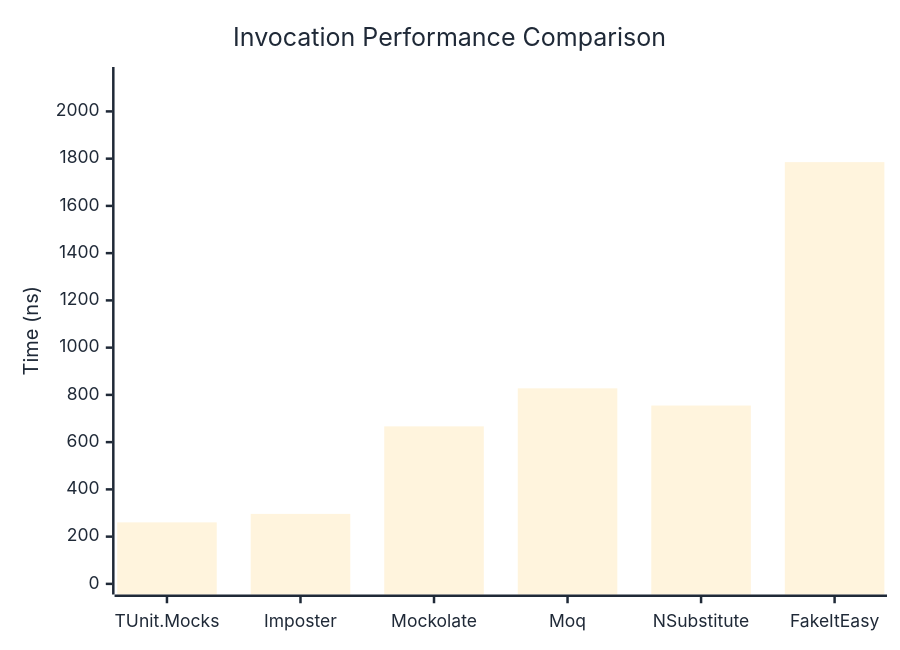
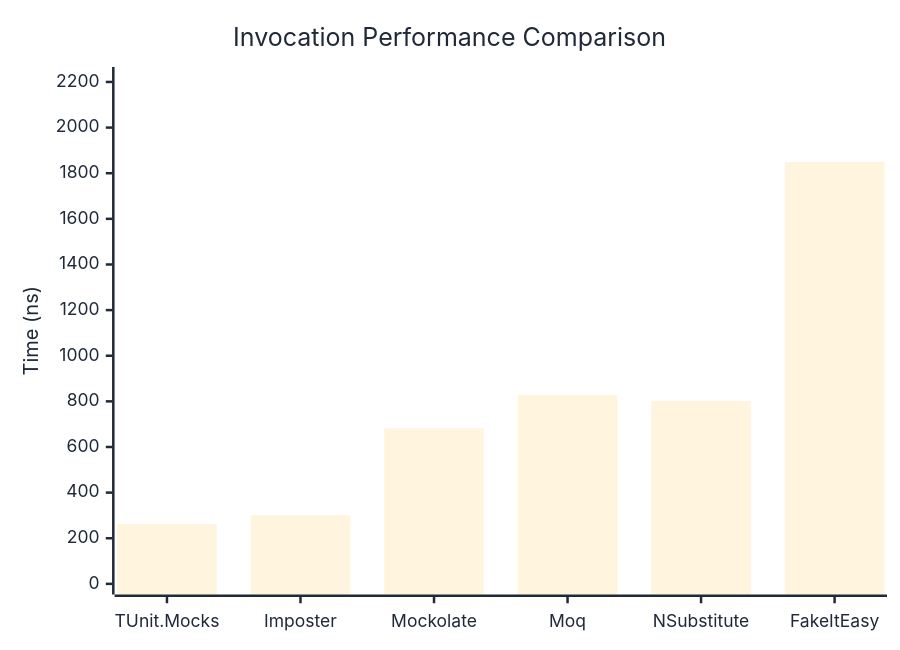
One commit to thomhurst/TUnit changed the first of 3 diagrams in docs/docs/benchmarks/mocks/Invocation.md. Above: the diagram before and after it, drawn with Mermaid. The commit also changed other lines of this file and 14 other files, not shown here.

````diff
--- a/docs/docs/benchmarks/mocks/Invocation.md
+++ b/docs/docs/benchmarks/mocks/Invocation.md
@@ -28,27 +28,27 @@
 ```mermaid
 %%{init: {
   'theme':'base',
   'themeVariables': {
     'primaryColor': '#2563eb',
     'primaryTextColor': '#1f2937',
     'primaryBorderColor': '#1e40af',
     'lineColor': '#6b7280',
     'secondaryColor': '#7c3aed',
     'tertiaryColor': '#dc2626',
     'background': '#ffffff',
     'pie1': '#2563eb',
     'pie2': '#7c3aed',
     'pie3': '#dc2626',
     'pie4': '#f59e0b',
     'pie5': '#10b981',
     'pie6': '#06b6d4',
     'pie7': '#ec4899',
     'pie8': '#6366f1'
   }
 }}%%
 xychart-beta
   title "Invocation Performance Comparison"
   x-axis ["TUnit.Mocks", "Imposter", "Mockolate", "Moq", "NSubstitute", "FakeItEasy"]
-  y-axis "Time (ns)" 0 --> 2143
-  bar [260.4, 296.2, 666.8, 827.7, 754.9, 1785.3]
+  y-axis "Time (ns)" 0 --> 2219
+  bar [262.2, 300.4, 681.7, 828.4, 801.8, 1849.1]
 ```
````
